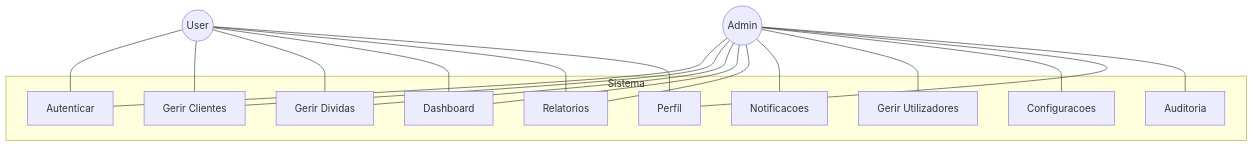
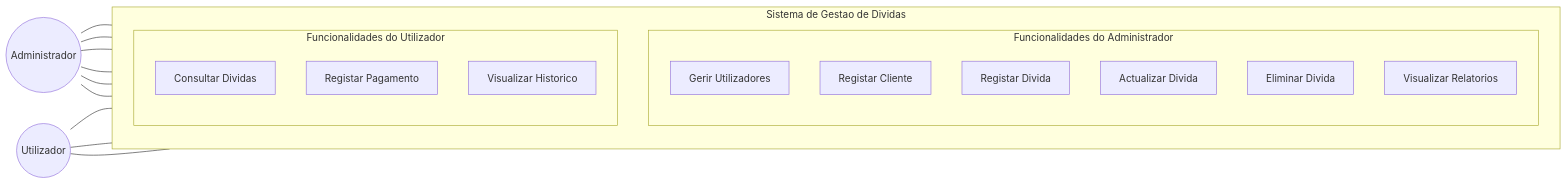
Before and after one commit to Nilton-Ramim-Pita/ncangaza-debt-watch: the second of 10 diagrams in PROPOSTA_ARQUITETURA_DESIGN.md, drawn with Mermaid.

Commit message:
Redesign Use Case Diagram

````diff
--- a/PROPOSTA_ARQUITETURA_DESIGN.md
+++ b/PROPOSTA_ARQUITETURA_DESIGN.md
@@ -274,22 +274,38 @@
 ```mermaid
-graph TD
-    ADM(("Admin"))
-    USR(("User"))
+graph LR
+    ADM(("Administrador"))
 
-    subgraph Sistema
-        UC1["Autenticar"]
-        UC2["Gerir Clientes"]
-        UC3["Gerir Dividas"]
-        UC4["Dashboard"]
-        UC5["Relatorios"]
-        UC6["Notificacoes"]
-        UC7["Gerir Utilizadores"]
-        UC8["Configuracoes"]
-        UC9["Perfil"]
-        UC10["Auditoria"]
+    subgraph SGD ["Sistema de Gestao de Dividas"]
+        direction TB
+
+        subgraph ADMIN_UC ["Funcionalidades do Administrador"]
+            direction TB
+            UC7["Gerir Utilizadores"]
+            UC2["Registar Cliente"]
+            UC3["Registar Divida"]
+            UC4["Actualizar Divida"]
+            UC5["Eliminar Divida"]
+            UC6["Visualizar Relatorios"]
+        end
+
+        subgraph USER_UC ["Funcionalidades do Utilizador"]
+            direction TB
+            UC8["Consultar Dividas"]
+            UC9["Registar Pagamento"]
+            UC10["Visualizar Historico"]
+        end
     end
 
-    ADM --- UC1 & UC2 & UC3 & UC4 & UC5
-    ADM --- UC6 & UC7 & UC8 & UC9 & UC10
-    USR --- UC1 & UC2 & UC3 & UC4 & UC5 & UC9
+    USR(("Utilizador"))
+
+    ADM --- UC7
+    ADM --- UC2
+    ADM --- UC3
+    ADM --- UC4
+    ADM --- UC5
+    ADM --- UC6
+
+    USR --- UC8
+    USR --- UC9
+    USR --- UC10
 ```
````
